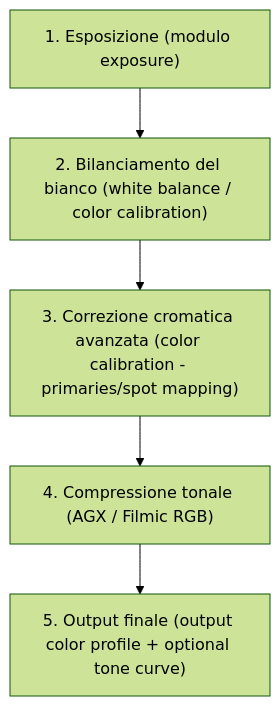
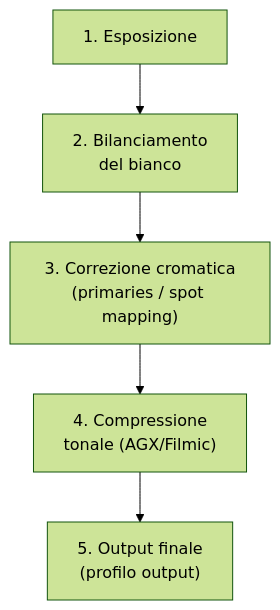
One commit to lorenzoperone/darktable-docs changed the diagram in docs/color/gamut.md. Above: the diagram before and after it, drawn with Mermaid (forest theme). The commit also changed 40 other files, not shown here.

First line of the commit message:
fix: reformatta diagrammi Mermaid — etichette brevi, break line, italiano

````diff
--- a/docs/color/gamut.md
+++ b/docs/color/gamut.md
@@ -21,4 +21,4 @@
 ```mermaid
 flowchart TD
-    A["1. Esposizione (modulo exposure)"] --> B["2. Bilanciamento del bianco (white balance / color calibration)"] --> C["3. Correzione cromatica avanzata (color calibration - primaries/spot mapping)"] --> D["4. Compressione tonale (AGX / Filmic RGB)"] --> E["5. Output finale (output color profile + optional tone curve)"]
+    A["1. Esposizione"] --> B["2. Bilanciamento<br/>del bianco"] --> C["3. Correzione cromatica<br/>(primaries / spot mapping)"] --> D["4. Compressione<br/>tonale (AGX/Filmic)"] --> E["5. Output finale<br/>(profilo output)"]
 ```
````
